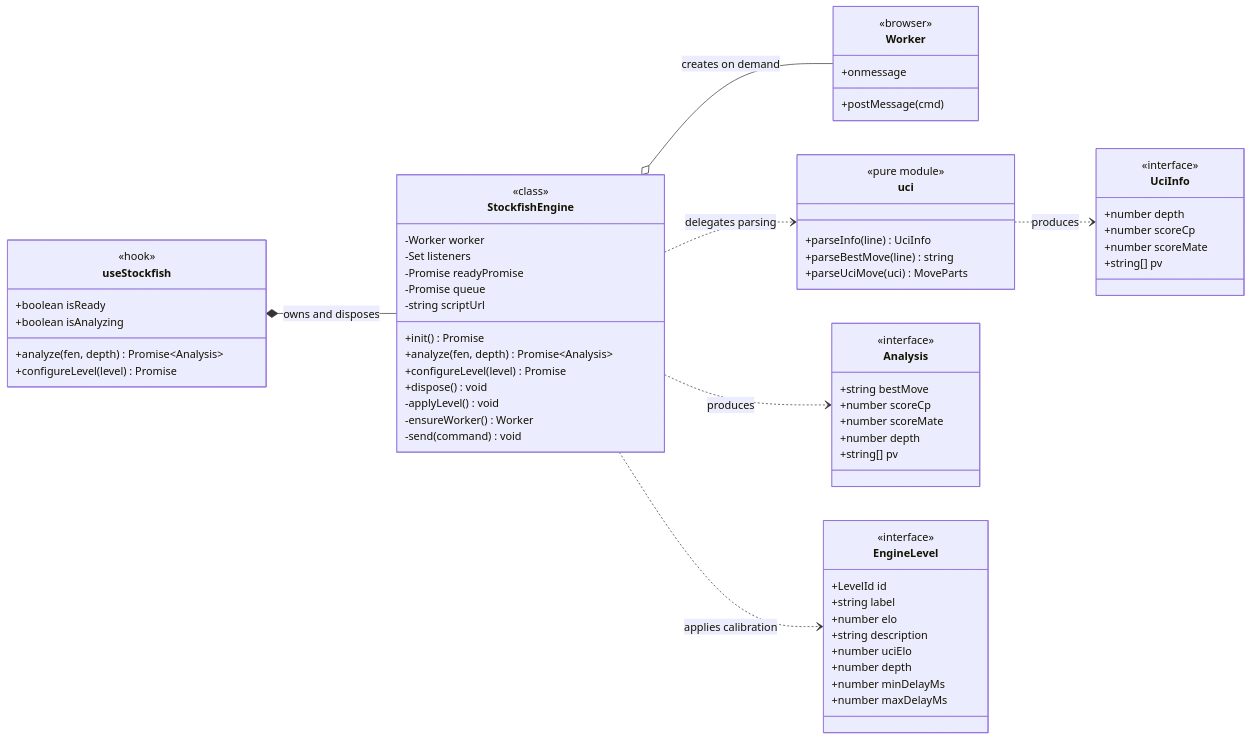
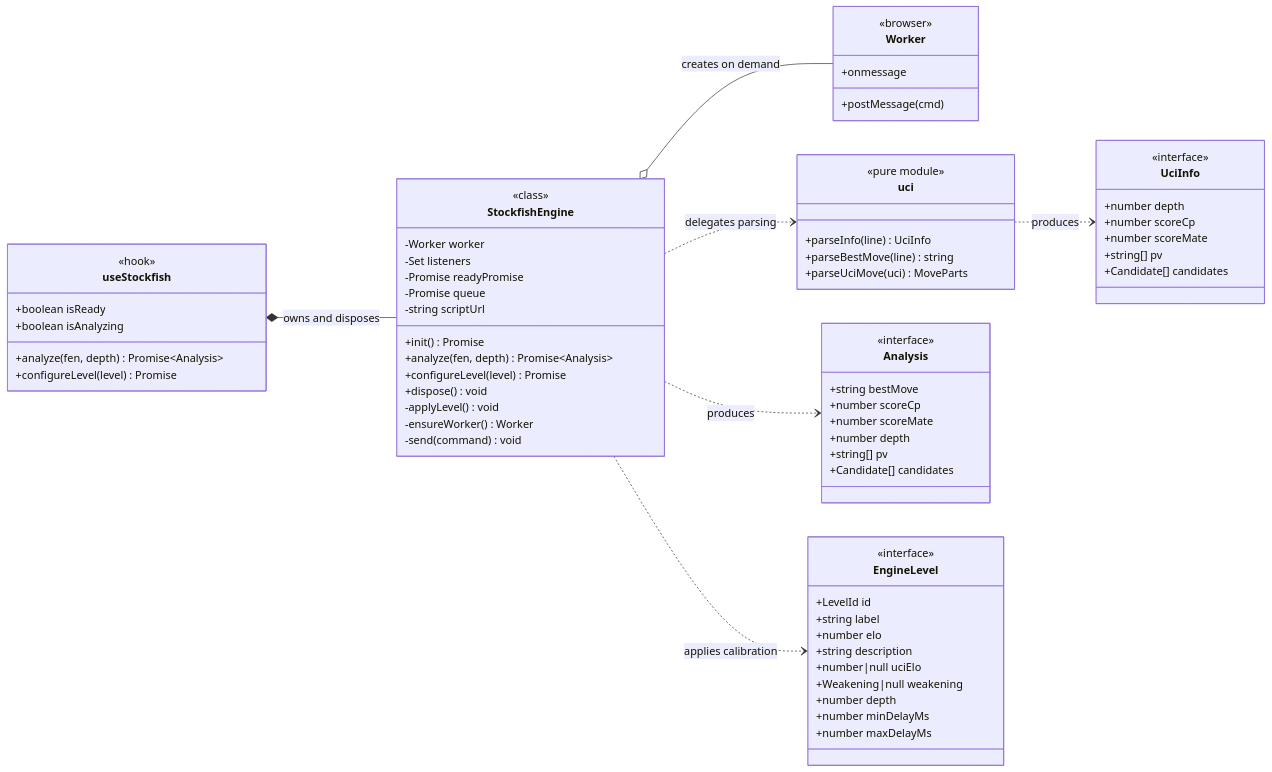
The first of 4 diagrams in docs/architecture.md (Amayyas/ChessTrainer), drawn with Mermaid before and after one commit. The commit also changed 14 other files, not shown here.

````diff
--- a/docs/architecture.md
+++ b/docs/architecture.md
@@ -34,77 +34,80 @@
 ```mermaid
 classDiagram
     direction LR
 
     class StockfishEngine {
         <<class>>
         -Worker worker
         -Set listeners
         -Promise readyPromise
         -Promise queue
         -string scriptUrl
         +init() Promise
         +analyze(fen, depth) Promise~Analysis~
         +configureLevel(level) Promise
         +dispose() void
         -applyLevel() void
         -ensureWorker() Worker
         -send(command) void
     }
 
     class Worker {
         <<browser>>
         +postMessage(cmd)
         +onmessage
     }
 
     class uci {
         <<pure module>>
         +parseInfo(line) UciInfo
         +parseBestMove(line) string
         +parseUciMove(uci) MoveParts
     }
 
     class UciInfo {
         <<interface>>
         +number depth
         +number scoreCp
         +number scoreMate
         +string[] pv
+        +Candidate[] candidates
     }
 
     class Analysis {
         <<interface>>
         +string bestMove
         +number scoreCp
         +number scoreMate
         +number depth
         +string[] pv
+        +Candidate[] candidates
     }
 
     class EngineLevel {
         <<interface>>
         +LevelId id
         +string label
         +number elo
         +string description
-        +number uciElo
+        +number|null uciElo
+        +Weakening|null weakening
         +number depth
         +number minDelayMs
         +number maxDelayMs
     }
 
     class useStockfish {
         <<hook>>
         +boolean isReady
         +boolean isAnalyzing
         +analyze(fen, depth) Promise~Analysis~
         +configureLevel(level) Promise
     }
 
     useStockfish *-- StockfishEngine : owns and disposes
     StockfishEngine o-- Worker : creates on demand
     StockfishEngine ..> uci : delegates parsing
     uci ..> UciInfo : produces
     StockfishEngine ..> Analysis : produces
     StockfishEngine ..> EngineLevel : applies calibration
 ```
````
